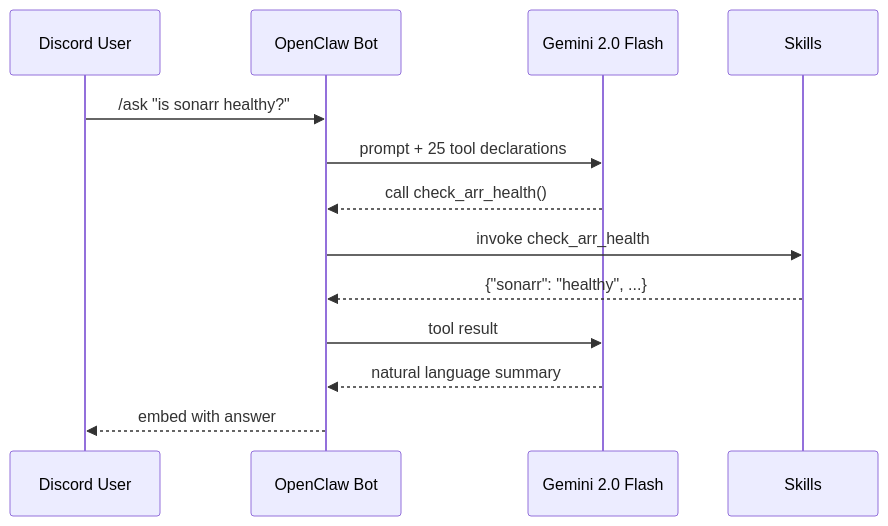
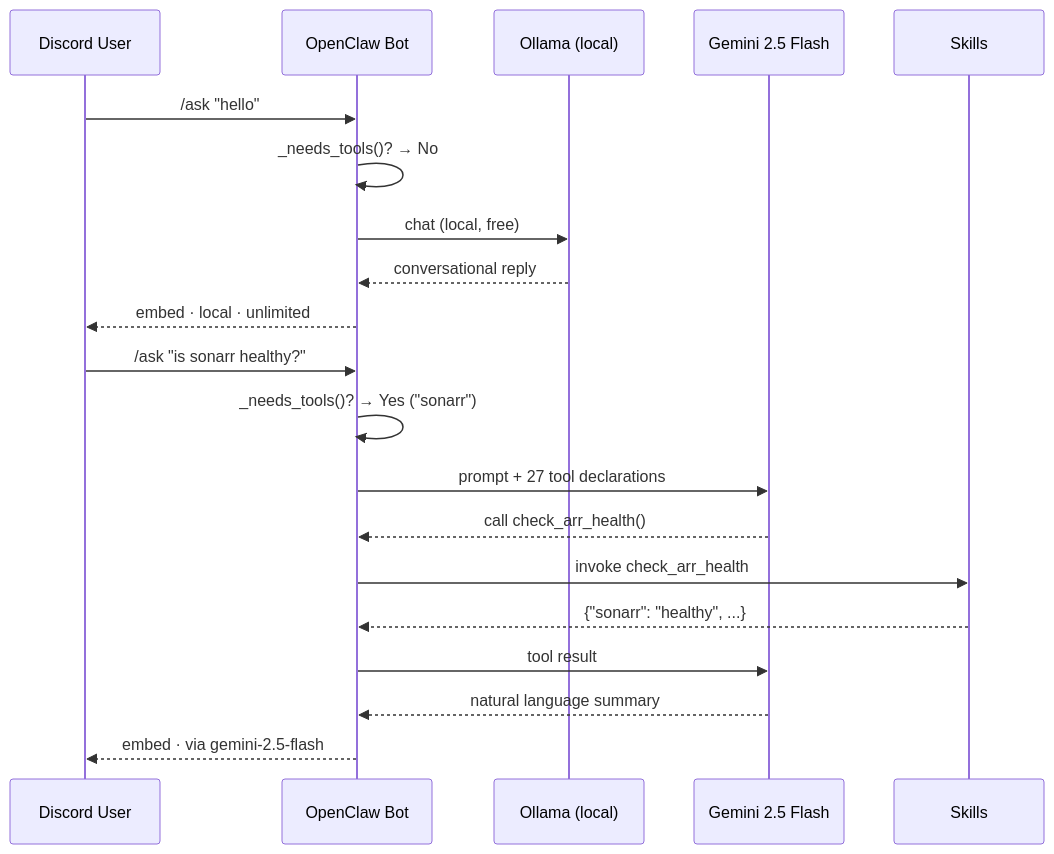
One commit to DaveVoyles/openclaw-on-mac-mini changed the first of 2 diagrams in README.md. Above: the diagram before and after it, drawn with Mermaid. The commit also changed other lines of this file and 134 other files, not shown here.

````diff
--- a/README.md
+++ b/README.md
@@ -210,16 +286,24 @@
 ```mermaid
 sequenceDiagram
     participant U as Discord User
     participant B as OpenClaw Bot
-    participant G as Gemini 2.0 Flash
+    participant O as Ollama (local)
+    participant G as Gemini 2.5 Flash
     participant S as Skills
 
+    U->>B: /ask "hello"
+    B->>B: _needs_tools()? → No
+    B->>O: chat (local, free)
+    O-->>B: conversational reply
+    B-->>U: embed · local · unlimited
+
     U->>B: /ask "is sonarr healthy?"
-    B->>G: prompt + 25 tool declarations
+    B->>B: _needs_tools()? → Yes ("sonarr")
+    B->>G: prompt + 27 tool declarations
     G-->>B: call check_arr_health()
     B->>S: invoke check_arr_health
     S-->>B: {"sonarr": "healthy", ...}
     B->>G: tool result
     G-->>B: natural language summary
-    B-->>U: embed with answer
+    B-->>U: embed · via gemini-2.5-flash
 ```
````
